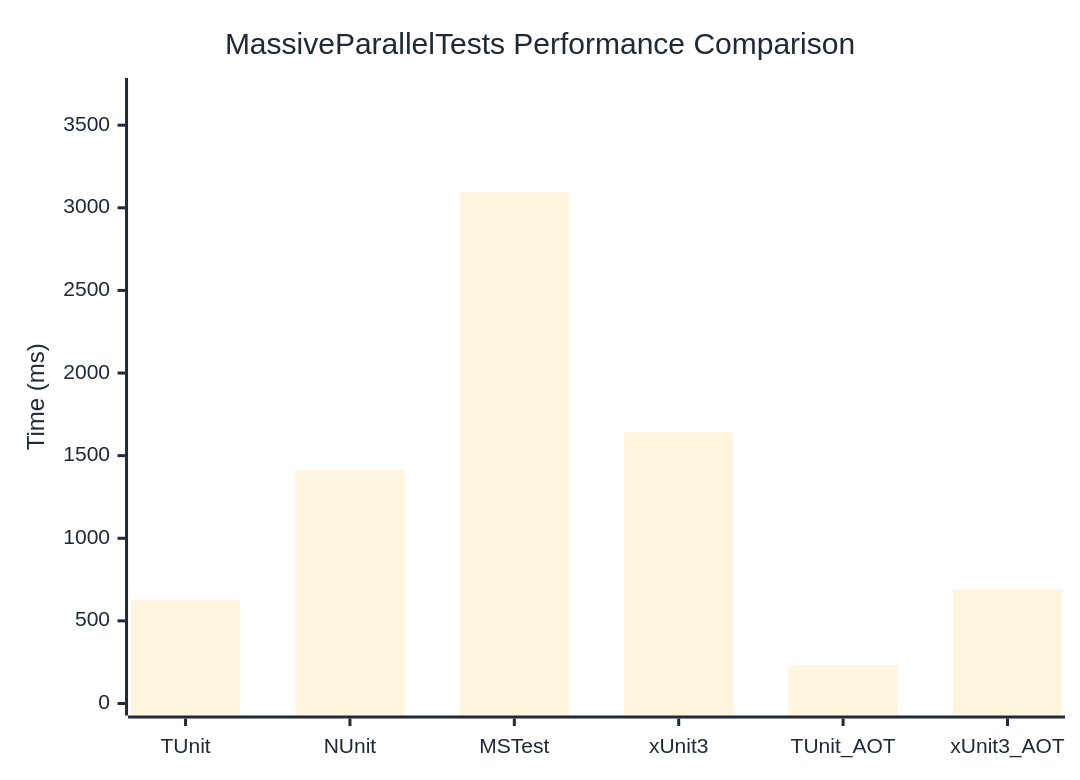
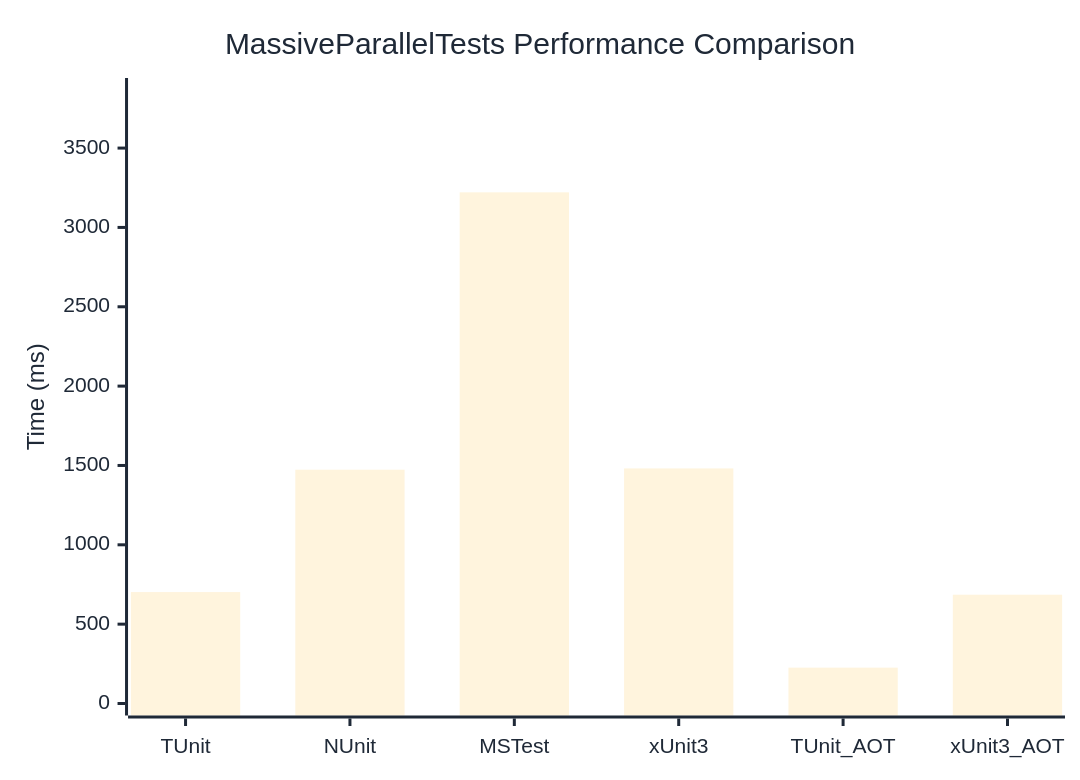
The diagram in docs/docs/benchmarks/engine/MassiveParallelTests.md (thomhurst/TUnit), drawn with Mermaid before and after one commit. The commit also changed other lines of this file and 18 other files, not shown here.

````diff
--- a/docs/docs/benchmarks/engine/MassiveParallelTests.md
+++ b/docs/docs/benchmarks/engine/MassiveParallelTests.md
@@ -30,37 +30,37 @@
 ```mermaid
 %%{init: {
   'theme':'base',
   'themeVariables': {
     'primaryColor': '#2563eb',
     'primaryTextColor': '#1f2937',
     'primaryBorderColor': '#1e40af',
     'lineColor': '#6b7280',
     'secondaryColor': '#7c3aed',
     'tertiaryColor': '#dc2626',
     'background': '#ffffff',
     'mainBkg': '#2563eb',
     'secondBkg': '#7c3aed',
     'tertiaryBkg': '#dc2626',
     'clusterBkg': '#f3f4f6',
     'edgeLabelBackground': '#ffffff',
     'tertiaryTextColor': '#1f2937',
     'pie1': '#2563eb',
     'pie2': '#7c3aed',
     'pie3': '#dc2626',
     'pie4': '#f59e0b',
     'pie5': '#10b981',
     'pie6': '#06b6d4',
     'pie7': '#ec4899',
     'pie8': '#6366f1',
     'pie9': '#84cc16',
     'pie10': '#f97316',
     'pie11': '#14b8a6',
     'pie12': '#a855f7'
   }
 }}%%
 xychart-beta
   title "MassiveParallelTests Performance Comparison"
   x-axis ["TUnit", "NUnit", "MSTest", "xUnit3", "TUnit_AOT", "xUnit3_AOT"]
-  y-axis "Time (ms)" 0 --> 3713
-  bar [628.2, 1409.4, 3093.7, 1642, 233.1, 690]
+  y-axis "Time (ms)" 0 --> 3866
+  bar [702.2, 1473.2, 3221.1, 1481.3, 226, 685.6]
 ```
````
